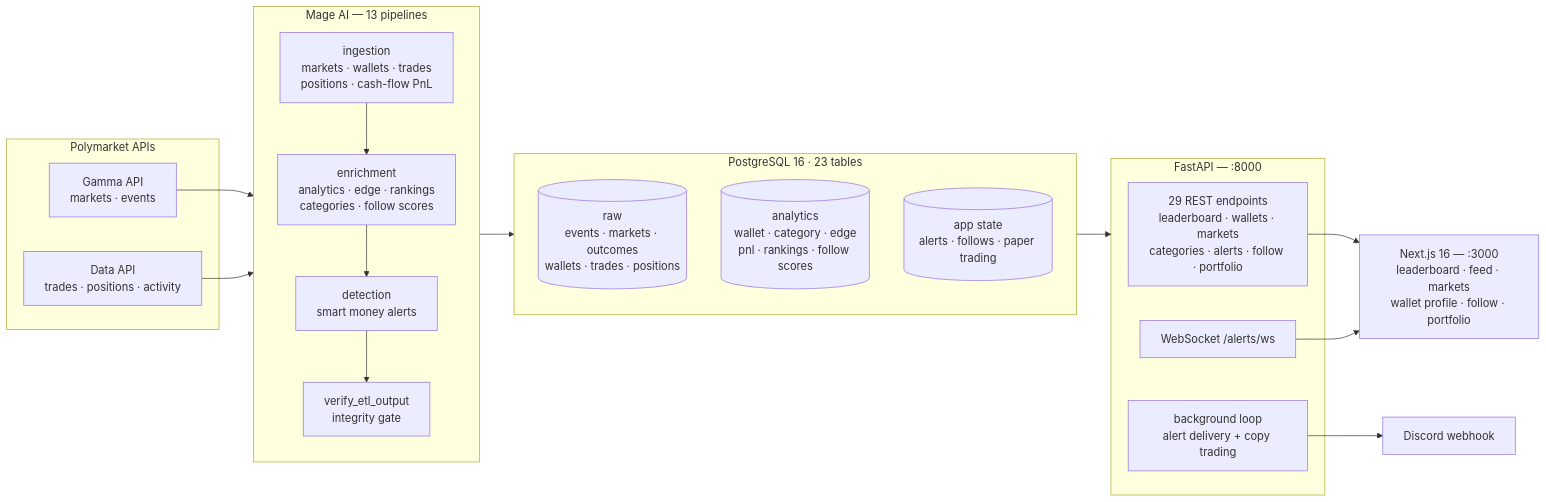
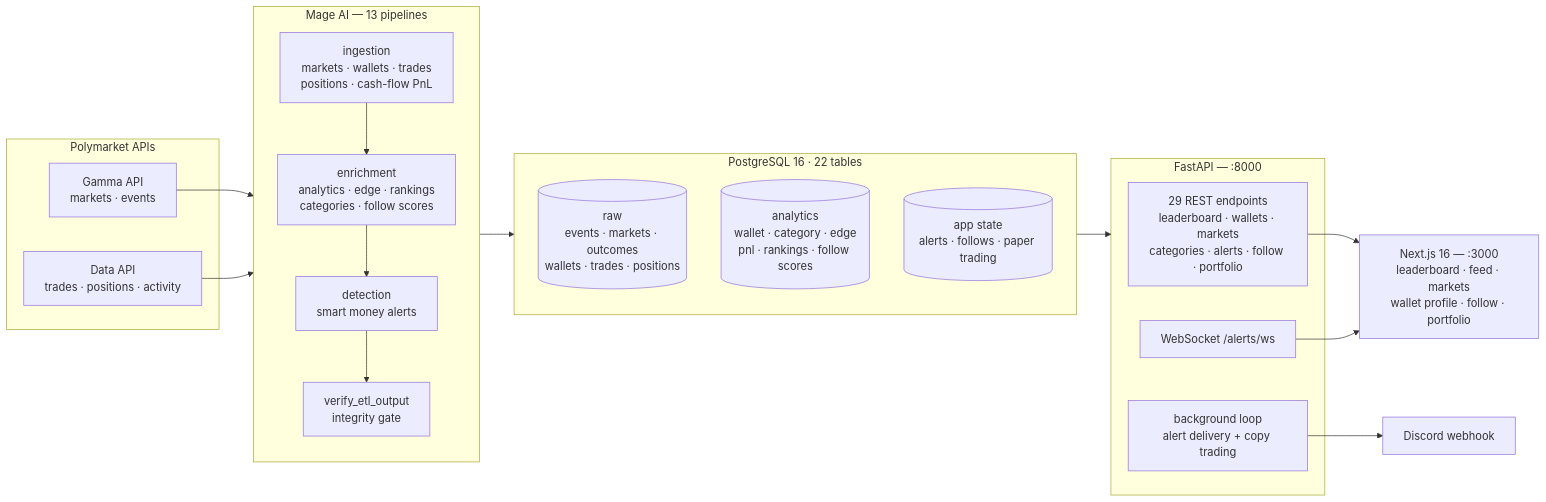
The diagram in README.md (AntoineROYERB/polymarketpricer), drawn with Mermaid before and after one commit. The commit also changed other lines of this file and 1 other file, not shown here.

Commit message:
docs: correct table counts (22 application tables, 21 ORM models)

````diff
--- a/README.md
+++ b/README.md
@@ -116,39 +116,39 @@
 ```mermaid
 flowchart LR
     subgraph EXT["Polymarket APIs"]
         GAMMA["Gamma API<br/>markets · events"]
         DATA["Data API<br/>trades · positions · activity"]
     end
 
     subgraph ETL["Mage AI — 13 pipelines"]
         direction TB
         ING["ingestion<br/>markets · wallets · trades<br/>positions · cash-flow PnL"]
         ENR["enrichment<br/>analytics · edge · rankings<br/>categories · follow scores"]
         DET["detection<br/>smart money alerts"]
         VER["verify_etl_output<br/>integrity gate"]
         ING --> ENR --> DET --> VER
     end
 
-    subgraph DB["PostgreSQL 16 · 23 tables"]
+    subgraph DB["PostgreSQL 16 · 22 tables"]
         RAW[("raw<br/>events · markets · outcomes<br/>wallets · trades · positions")]
         ANA[("analytics<br/>wallet · category · edge<br/>pnl · rankings · follow scores")]
         APP[("app state<br/>alerts · follows · paper trading")]
     end
 
     subgraph API["FastAPI — :8000"]
         REST["29 REST endpoints<br/>leaderboard · wallets · markets<br/>categories · alerts · follow · portfolio"]
         WS["WebSocket /alerts/ws"]
         BG["background loop<br/>alert delivery + copy trading"]
     end
 
     UI["Next.js 16 — :3000<br/>leaderboard · feed · markets<br/>wallet profile · follow · portfolio"]
     DISCORD["Discord webhook"]
 
     GAMMA --> ING
     DATA --> ING
     ETL --> DB
     DB --> API
     REST --> UI
     WS --> UI
     BG --> DISCORD
 ```
````
